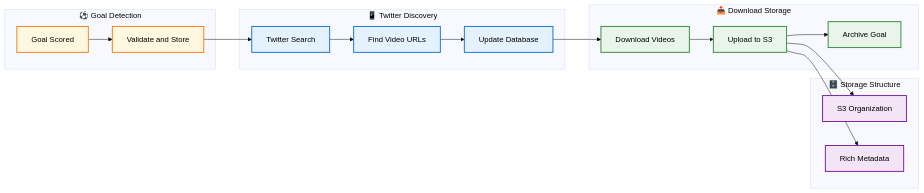
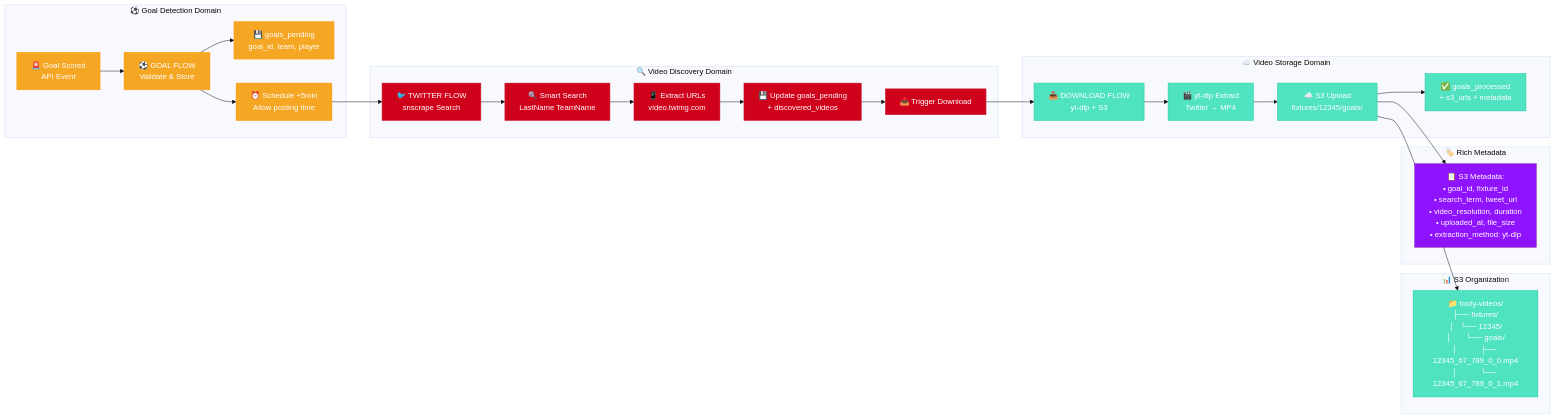
One commit to vedantadhobley/found-footy changed the second of 2 diagrams in README.md. Above: the diagram before and after it, drawn with Mermaid (base theme). The commit also changed other lines of this file, not shown here.

Commit message:
Updated README to reflect new Twitter and download pattern.

````diff
--- a/README.md
+++ b/README.md
@@ -125,45 +83,44 @@
 ```mermaid
 graph LR
-    subgraph "⚽ Goal Detection"
-        GOAL[Goal Scored]
-        VALIDATE[Validate and Store]
+    subgraph "⚽ Goal Detection Domain"
+        A[🚨 Goal Scored<br/>API Event] --> B[⚽ GOAL FLOW<br/>Validate & Store]
+        B --> C[💾 goals_pending<br/>goal_id, team, player]
+        B --> D[⏰ Schedule +5min<br/>Allow posting time]
     end
     
-    subgraph "📱 Twitter Discovery"
-        SEARCH[Twitter Search]
-        FIND[Find Video URLs]
-        UPDATE[Update Database]
+    subgraph "🔍 Video Discovery Domain"
+        D --> E[🐦 TWITTER FLOW<br/>snscrape Search]
+        E --> F[🔍 Smart Search<br/>LastName TeamName]
+        F --> G[📱 Extract URLs<br/>video.twimg.com]
+        G --> H[💾 Update goals_pending<br/>+ discovered_videos]
+        H --> I[📥 Trigger Download]
     end
     
-    subgraph "📥 Download Storage"
-        DOWNLOAD[Download Videos]
-        UPLOAD[Upload to S3]
-        ARCHIVE[Archive Goal]
+    subgraph "☁️ Video Storage Domain"
+        I --> J[📥 DOWNLOAD FLOW<br/>yt-dlp + S3]
+        J --> K[🎬 yt-dlp Extract<br/>Twitter → MP4]
+        K --> L[☁️ S3 Upload<br/>fixtures/12345/goals/]
+        L --> M[✅ goals_processed<br/>+ s3_urls + metadata]
     end
     
-    subgraph "🗄️ Storage Structure"
-        S3_ORG[S3 Organization]
-        METADATA[Rich Metadata]
+    subgraph "📊 S3 Organization"
+        N[📁 footy-videos/<br/>├── fixtures/<br/>│   └── 12345/<br/>│       └── goals/<br/>│           ├── 12345_67_789_0_0.mp4<br/>│           └── 12345_67_789_0_1.mp4]
     end
     
-    GOAL --> VALIDATE
-    VALIDATE --> SEARCH
-    SEARCH --> FIND
-    FIND --> UPDATE
-    UPDATE --> DOWNLOAD
-    DOWNLOAD --> UPLOAD
-    UPLOAD --> S3_ORG
-    UPLOAD --> METADATA
-    UPLOAD --> ARCHIVE
+    subgraph "🏷️ Rich Metadata"
+        O[📋 S3 Metadata:<br/>• goal_id, fixture_id<br/>• search_term, tweet_url<br/>• video_resolution, duration<br/>• uploaded_at, file_size<br/>• extraction_method: yt-dlp]
+    end
     
-    %% Styling - BLACK TEXT ON LIGHT BACKGROUNDS
-    classDef goal fill:#fff8e1,stroke:#f57f17,stroke-width:2px,color:#000000
-    classDef twitter fill:#e3f2fd,stroke:#1976d2,stroke-width:2px,color:#000000
-    classDef download fill:#e8f5e8,stroke:#388e3c,stroke-width:2px,color:#000000
-    classDef storage fill:#f3e5f5,stroke:#7b1fa2,stroke-width:2px,color:#000000
+    L --> N
+    L --> O
     
-    class GOAL,VALIDATE goal
-    class SEARCH,FIND,UPDATE twitter
-    class DOWNLOAD,UPLOAD,ARCHIVE download
-    class S3_ORG,METADATA storage
+    classDef goal fill:#F5A623,stroke:#ff9500,color:#fff
+    classDef video fill:#D0021B,stroke:#c82333,color:#fff
+    classDef storage fill:#50E3C2,stroke:#20c997,color:#fff
+    classDef metadata fill:#9013fe,stroke:#7b1fa2,color:#fff
+    
+    class A,B,C,D goal
+    class E,F,G,H,I video
+    class J,K,L,M,N storage
+    class O metadata
 ```
````
